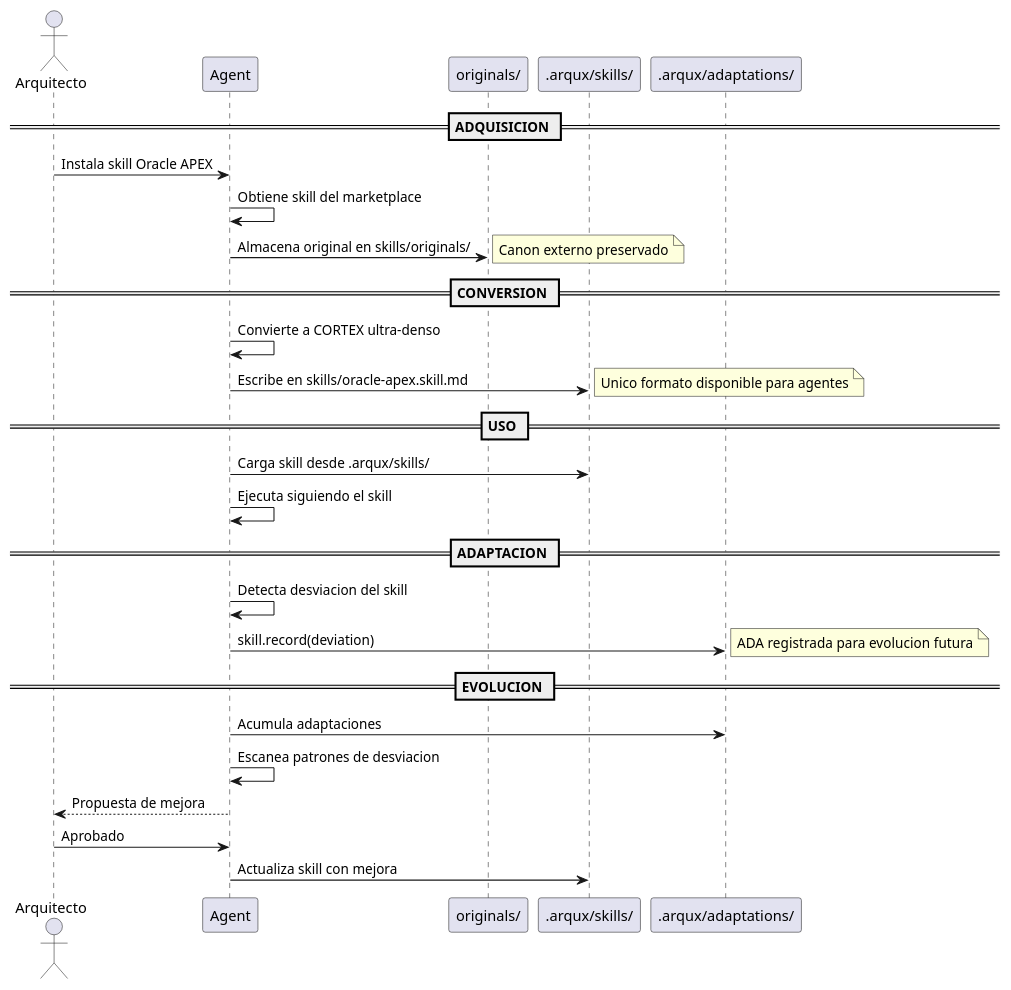
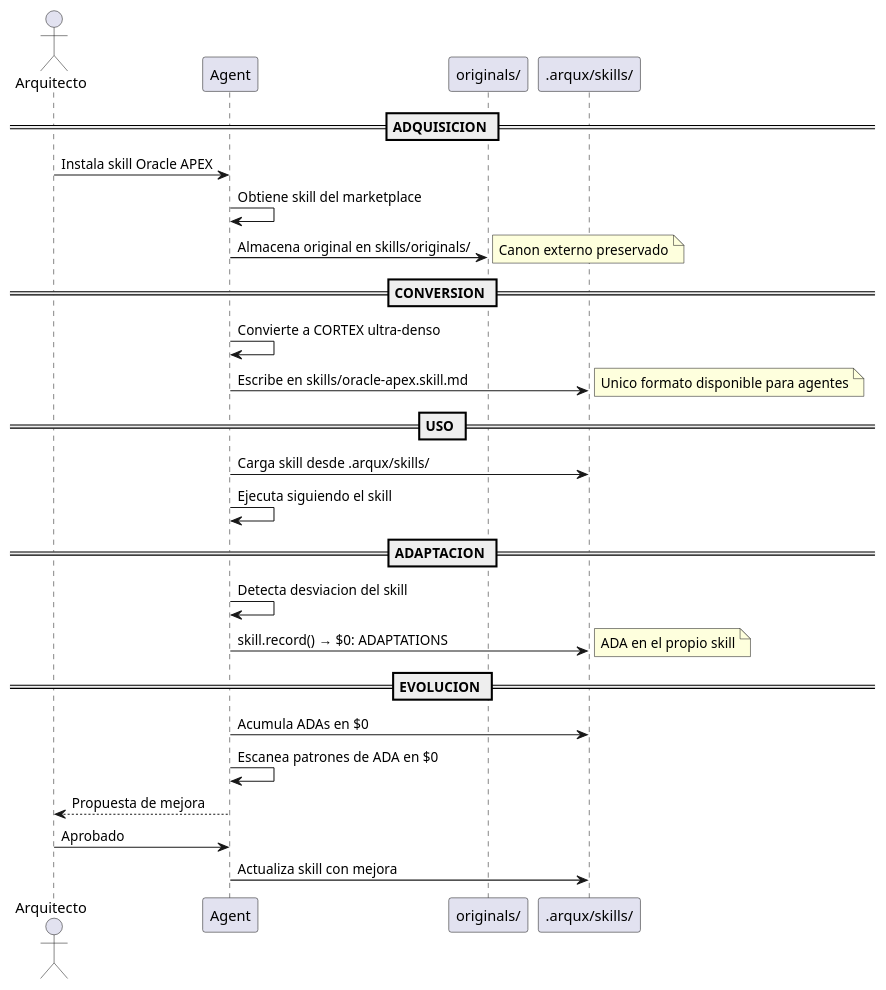
The seventh of 7 diagrams in src/arqux/skills/workflows.skill.md (FidelErnesto03/arqux), drawn with PlantUML before and after one commit. The commit also changed 3 other files, not shown here.

First line of the commit message:
refactor: ADAs dentro del skill (/usr/bin/bash: ADAPTATIONS), no archivos separados

```diff
--- a/src/arqux/skills/workflows.skill.md
+++ b/src/arqux/skills/workflows.skill.md
@@ -203,34 +203,33 @@
 @startuml
 actor "Arquitecto" as A
 participant Agent as G
 participant "originals/" as ORIG
 participant ".arqux/skills/" as SK
-participant ".arqux/adaptations/" as ADP
 
 == ADQUISICION ==
 A -> G: Instala skill Oracle APEX
 G -> G: Obtiene skill del marketplace
 G -> ORIG: Almacena original en skills/originals/
 note right: Canon externo preservado
 
 == CONVERSION ==
 G -> G: Convierte a CORTEX ultra-denso
 G -> SK: Escribe en skills/oracle-apex.skill.md
 note right: Unico formato disponible para agentes
 
 == USO ==
 G -> SK: Carga skill desde .arqux/skills/
 G -> G: Ejecuta siguiendo el skill
 
 == ADAPTACION ==
 G -> G: Detecta desviacion del skill
-G -> ADP: skill.record(deviation)
-note right: ADA registrada para evolucion futura
+G -> SK: skill.record() → $0: ADAPTATIONS
+note right: ADA en el propio skill
 
 == EVOLUCION ==
-G -> ADP: Acumula adaptaciones
-G -> G: Escanea patrones de desviacion
+G -> SK: Acumula ADAs en $0
+G -> G: Escanea patrones de ADA en $0
 G --> A: Propuesta de mejora
 A -> G: Aprobado
 G -> SK: Actualiza skill con mejora
 @enduml
```
